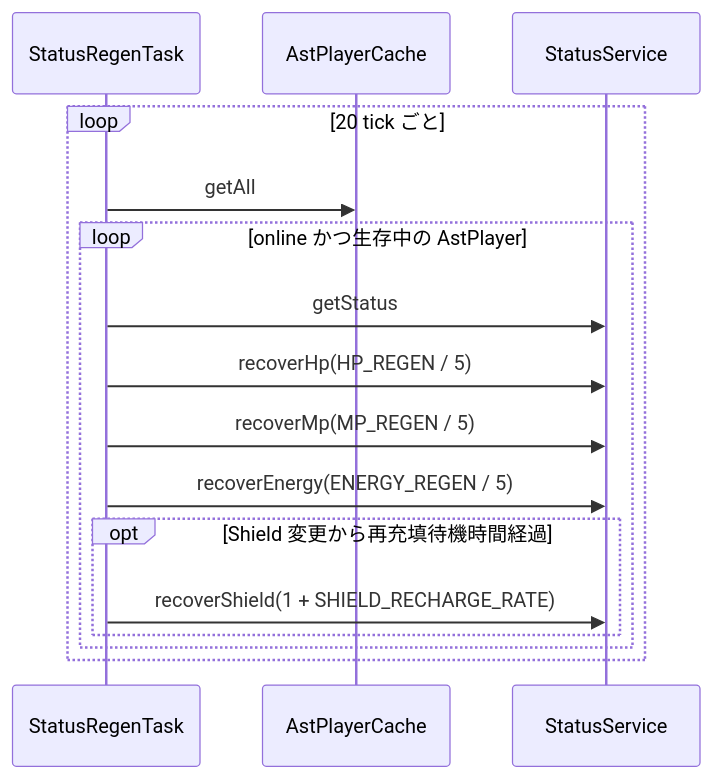
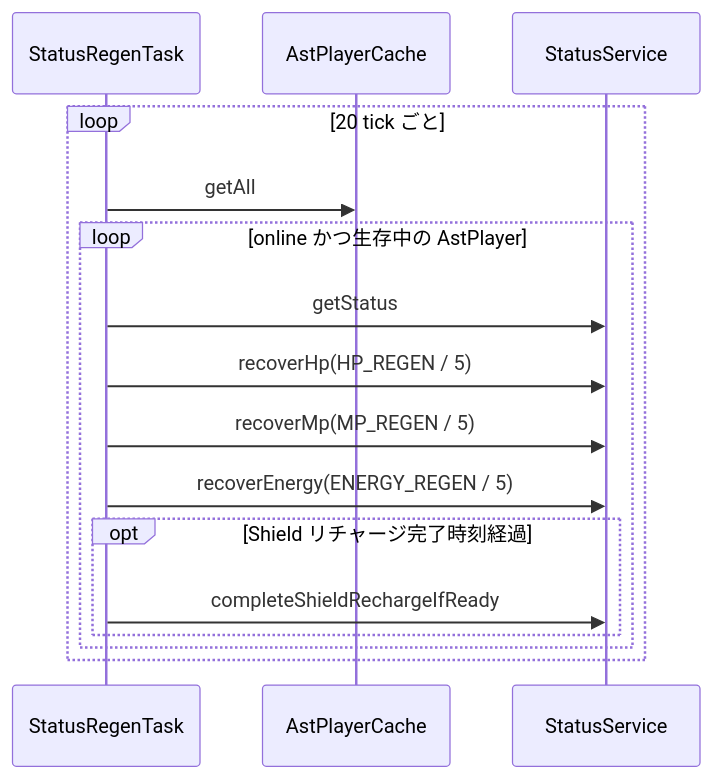
One commit to maaasu/AstralRecord-Workspace changed the third of 5 diagrams in 00_docs/10_Plugin設計書/feature/07-status/07_4-統合フロー.md. Above: the diagram before and after it, drawn with Mermaid. The commit also changed other lines of this file and 48 other files, not shown here.

````diff
--- a/00_docs/10_Plugin設計書/feature/07-status/07_4-統合フロー.md
+++ b/00_docs/10_Plugin設計書/feature/07-status/07_4-統合フロー.md
@@ -67,19 +68,19 @@
 ```mermaid
 sequenceDiagram
     participant T as StatusRegenTask
     participant C as AstPlayerCache
     participant S as StatusService
 
     loop 20 tick ごと
         T->>C: getAll
         loop online かつ生存中の AstPlayer
             T->>S: getStatus
             T->>S: recoverHp(HP_REGEN / 5)
             T->>S: recoverMp(MP_REGEN / 5)
             T->>S: recoverEnergy(ENERGY_REGEN / 5)
-            opt Shield 変更から再充填待機時間経過
-                T->>S: recoverShield(1 + SHIELD_RECHARGE_RATE)
+            opt Shield リチャージ完了時刻経過
+                T->>S: completeShieldRechargeIfReady
             end
         end
     end
 ```
````
